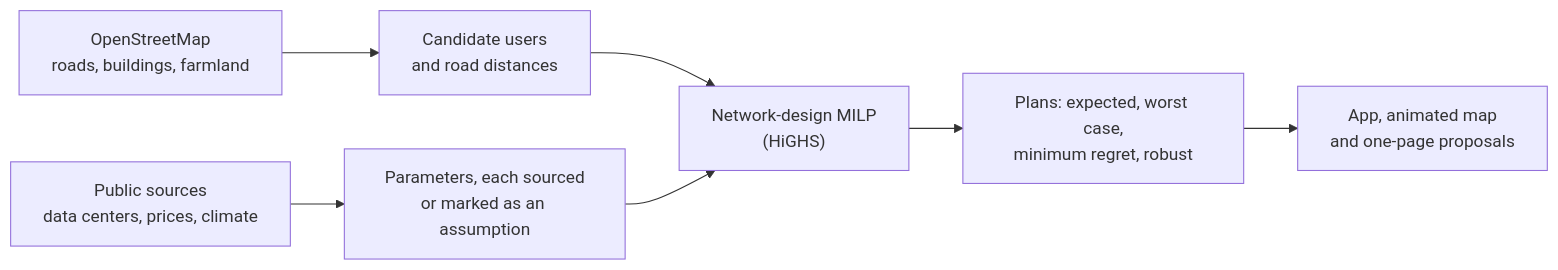
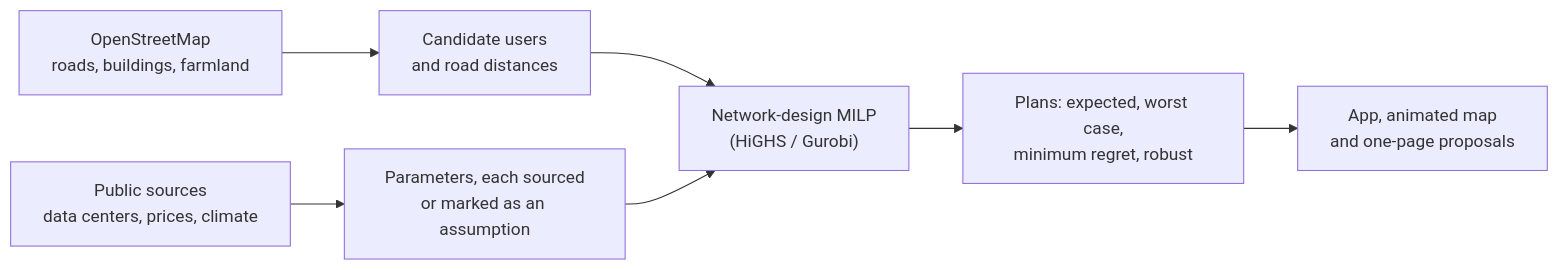
Before and after one commit to ACurnow/team-data-center: the diagram in README.md, drawn with Mermaid. The commit also changed 1 other file, not shown here.

Commit message:
README: the pipeline diagram names both solvers (HiGHS / Gurobi) (#21)
The diagram in "How it works" labelled the network-design MILP with HiGHS only. The model runs on HiGHS by default and on Gurobi with DCOPT_SOLVER=gurobi, so the label now reads "HiGHS / Gurobi" in both READMEs. The test suite passes with either solver.

````diff
--- a/README.md
+++ b/README.md
@@ -177,9 +177,9 @@
 ```mermaid
 flowchart LR
   OSM["OpenStreetMap<br/>roads, buildings, farmland"] --> CAND["Candidate users<br/>and road distances"]
   SRC["Public sources<br/>data centers, prices, climate"] --> PAR["Parameters, each sourced<br/>or marked as an assumption"]
-  CAND --> MILP["Network-design MILP<br/>(HiGHS)"]
+  CAND --> MILP["Network-design MILP<br/>(HiGHS / Gurobi)"]
   PAR --> MILP
   MILP --> PLANS["Plans: expected, worst case,<br/>minimum regret, robust"]
   PLANS --> APP["App, animated map<br/>and one-page proposals"]
 ```
````
